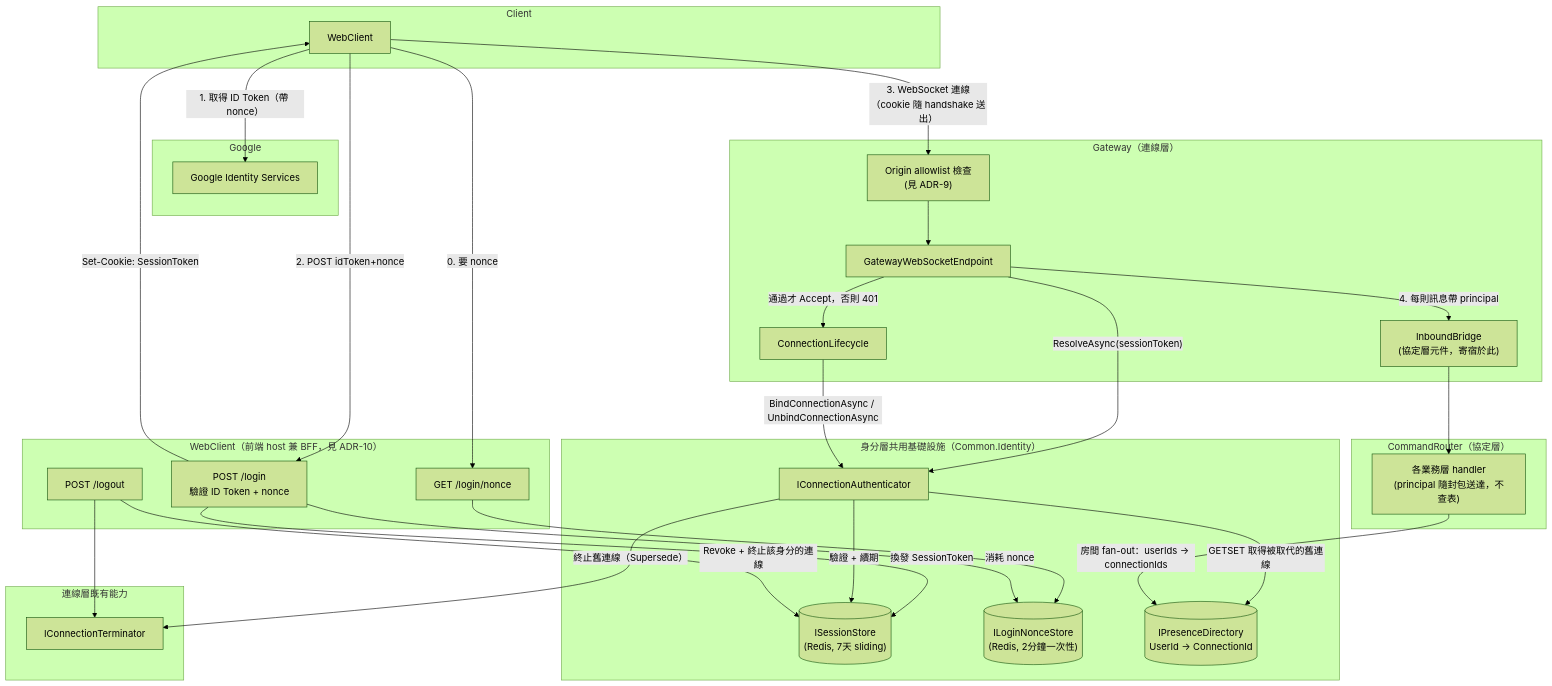
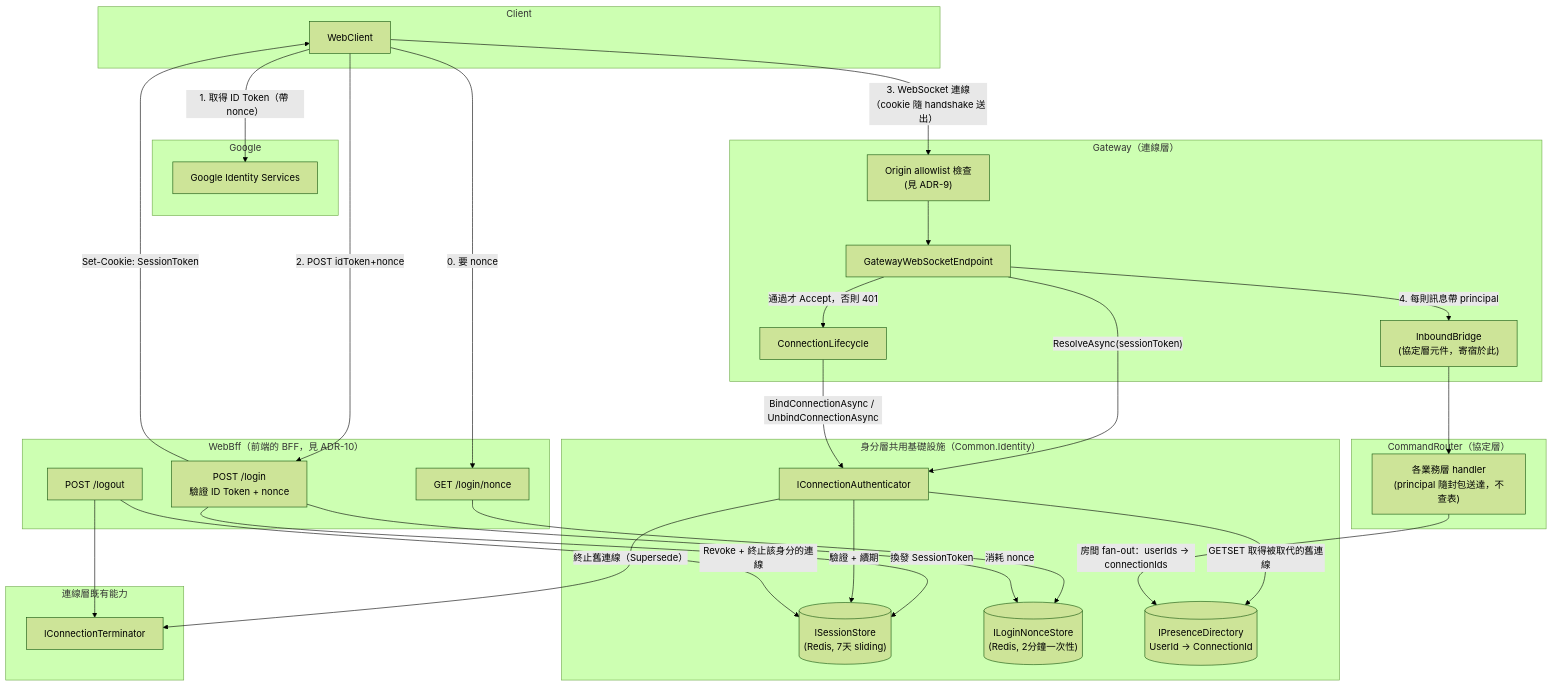
The first of 5 diagrams in docs/architecture/identity-layer.md (yggdrasill-dev/ChatSystem), drawn with Mermaid (forest theme) before and after one commit. The commit also changed other lines of this file and 17 other files, not shown here.

First line of the commit message:
refactor(identity-layer): WebClient 專案改名為 WebBff，把 WebClient 這個名字留給 Angular

````diff
--- a/docs/architecture/identity-layer.md
+++ b/docs/architecture/identity-layer.md
@@ -51,61 +51,61 @@
 ```mermaid
 graph TB
     subgraph Client
         WC[WebClient]
     end
 
     subgraph Google
         G[Google Identity Services]
     end
 
-    subgraph "WebClient（前端 host 兼 BFF，見 ADR-10）"
+    subgraph "WebBff（前端的 BFF，見 ADR-10）"
         NO["GET /login/nonce"]
         LI["POST /login\n驗證 ID Token + nonce"]
         LO["POST /logout"]
     end
 
     subgraph "身分層共用基礎設施（Common.Identity）"
         SS[("ISessionStore\n(Redis, 7天 sliding)")]
         NS[("ILoginNonceStore\n(Redis, 2分鐘一次性)")]
         PD[("IPresenceDirectory\nUserId → ConnectionId")]
         CA["IConnectionAuthenticator"]
     end
 
     subgraph "Gateway（連線層）"
         OR["Origin allowlist 檢查\n(見 ADR-9)"]
         WS[GatewayWebSocketEndpoint]
         CL[ConnectionLifecycle]
         BR["InboundBridge\n(協定層元件，寄宿於此)"]
     end
 
     subgraph "CommandRouter（協定層）"
         H["各業務層 handler\n(principal 隨封包送達，不查表)"]
     end
 
     subgraph "連線層既有能力"
         CT[IConnectionTerminator]
     end
 
     WC -- "1. 取得 ID Token（帶 nonce）" --> G
     WC -- "0. 要 nonce" --> NO
     NO --> NS
     WC -- "2. POST idToken+nonce" --> LI
     LI -- 消耗 nonce --> NS
     LI -- 換發 SessionToken --> SS
     LI -- "Set-Cookie: SessionToken" --> WC
 
     WC -- "3. WebSocket 連線（cookie 隨 handshake 送出）" --> OR
     OR --> WS
     WS -- "ResolveAsync(sessionToken)" --> CA
     CA -- "驗證 + 續期" --> SS
     WS -- "通過才 Accept，否則 401" --> CL
     CL -- "BindConnectionAsync / UnbindConnectionAsync" --> CA
     CA -- "GETSET 取得被取代的舊連線" --> PD
     CA -- "終止舊連線（Supersede）" --> CT
 
     WS -- "4. 每則訊息帶 principal" --> BR
     BR --> H
     LO -- "Revoke + 終止該身分的連線" --> SS
     LO --> CT
     H -- "房間 fan-out：userIds → connectionIds" --> PD
 ```
````
